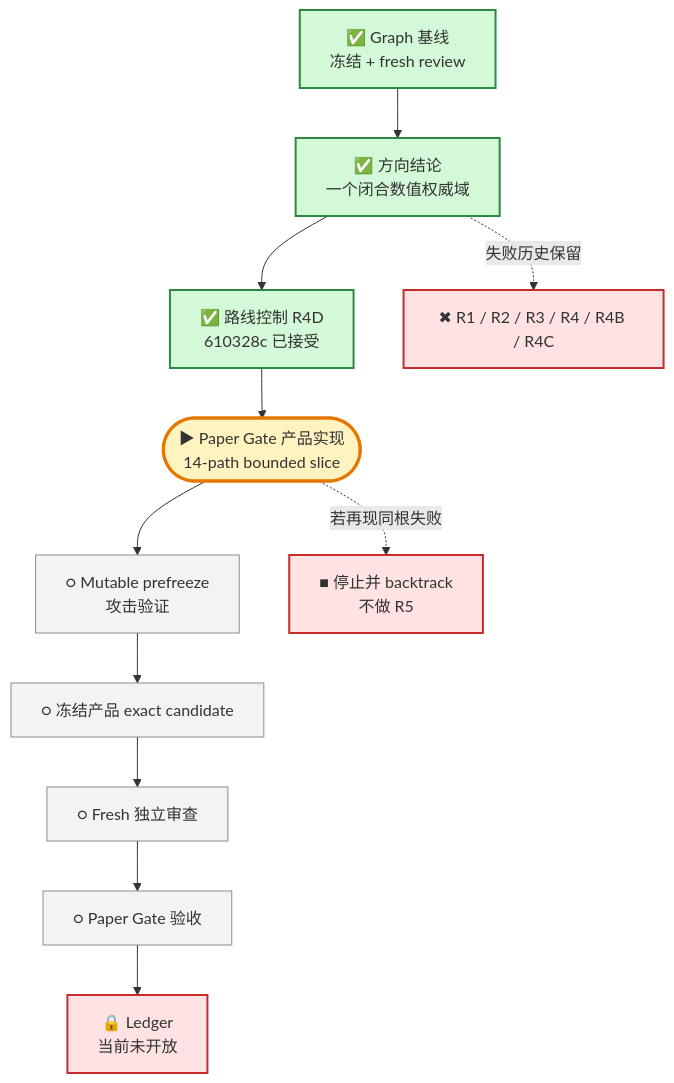
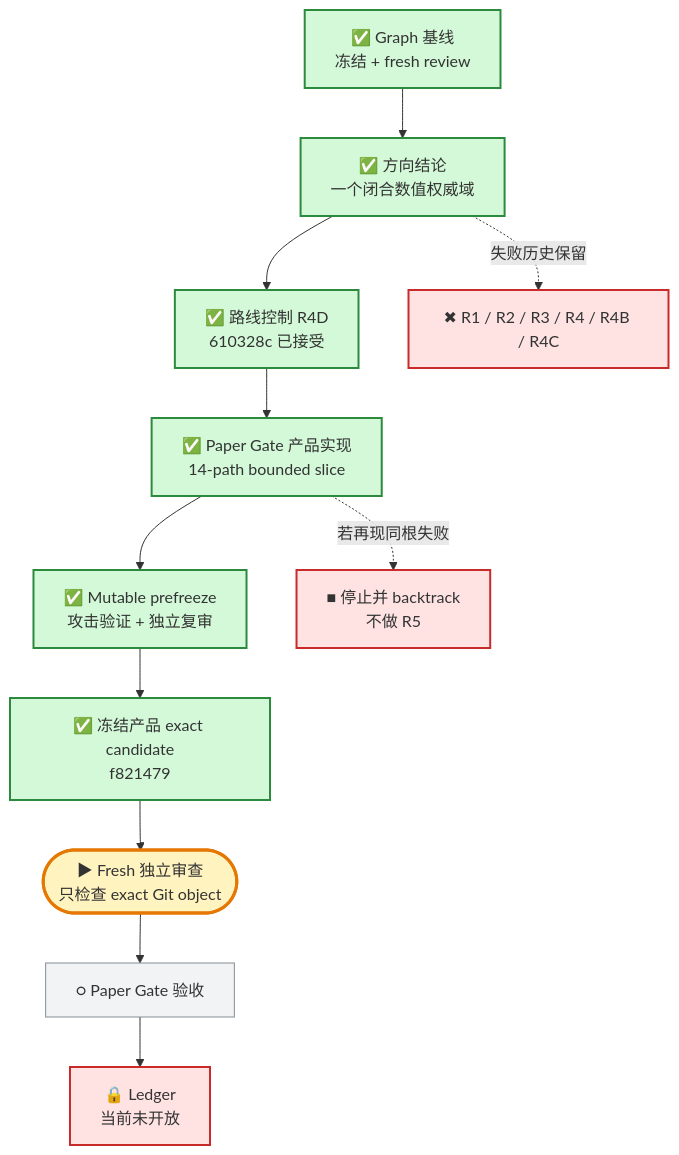
The first of 2 diagrams in MyBrain/automation/reports/investment-discipline-system/CURRENT_PROGRESS.md (j-a-v-e-n/knowledge-vault), drawn with Mermaid before and after one commit. The commit also changed other lines of this file, not shown here.

````diff
--- a/MyBrain/automation/reports/investment-discipline-system/CURRENT_PROGRESS.md
+++ b/MyBrain/automation/reports/investment-discipline-system/CURRENT_PROGRESS.md
@@ -7,23 +7,23 @@
 ```mermaid
 flowchart TB
     G["✅ Graph 基线<br/>冻结 + fresh review"] --> D["✅ 方向结论<br/>一个闭合数值权威域"]
     D --> R["✅ 路线控制 R4D<br/>610328c 已接受"]
-    R --> S(["▶ Paper Gate 产品实现<br/>14-path bounded slice"])
-    S --> P["○ Mutable prefreeze<br/>攻击验证"]
-    P --> K["○ 冻结产品 exact candidate"]
-    K --> W["○ Fresh 独立审查"]
+    R --> S["✅ Paper Gate 产品实现<br/>14-path bounded slice"]
+    S --> P["✅ Mutable prefreeze<br/>攻击验证 + 独立复审"]
+    P --> K["✅ 冻结产品 exact candidate<br/>f821479"]
+    K --> W(["▶ Fresh 独立审查<br/>只检查 exact Git object"])
     W --> A["○ Paper Gate 验收"]
     A --> L["🔒 Ledger<br/>当前未开放"]
 
     D -. "失败历史保留" .-> F["✖ R1 / R2 / R3 / R4 / R4B / R4C"]
     S -. "若再现同根失败" .-> H["■ 停止并 backtrack<br/>不做 R5"]
 
     classDef done fill:#d3f9d8,stroke:#2b8a3e,stroke-width:2px;
     classDef current fill:#fff3bf,stroke:#e67700,stroke-width:3px;
     classDef failed fill:#ffe3e3,stroke:#c92a2a,stroke-width:2px;
     classDef pending fill:#f1f3f5,stroke:#868e96;
-    class G,D,R done;
-    class S current;
+    class G,D,R,S,P,K done;
+    class W current;
     class F,H,L failed;
-    class P,K,W,A pending;
+    class A pending;
 ```
````
